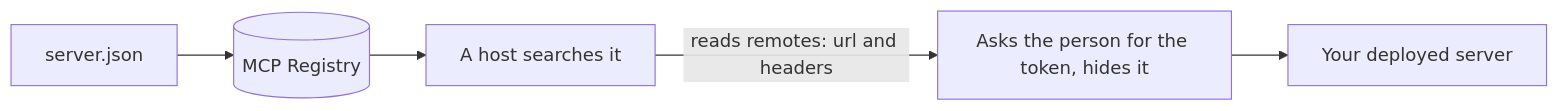
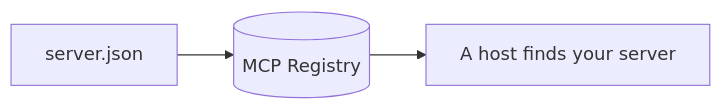
Before and after one commit to learnwithparam/mcp-workshop: the diagram in parts/05-grow-the-server/04-publish-to-the-registry/problem/README.md, drawn with Mermaid. The commit also changed other lines of this file and 153 other files, not shown here.

````diff
--- a/parts/05-grow-the-server/04-publish-to-the-registry/problem/README.md
+++ b/parts/05-grow-the-server/04-publish-to-the-registry/problem/README.md
@@ -22,7 +7,4 @@
 ```mermaid
 flowchart LR
-  F[server.json] --> R[(MCP Registry)]
-  R --> H[A host searches it]
-  H -- "reads remotes: url and headers" --> A[Asks the person for the token, hides it]
-  A --> S[Your deployed server]
+  F[server.json] --> R[(MCP Registry)] --> H[A host finds your server]
 ```
````
